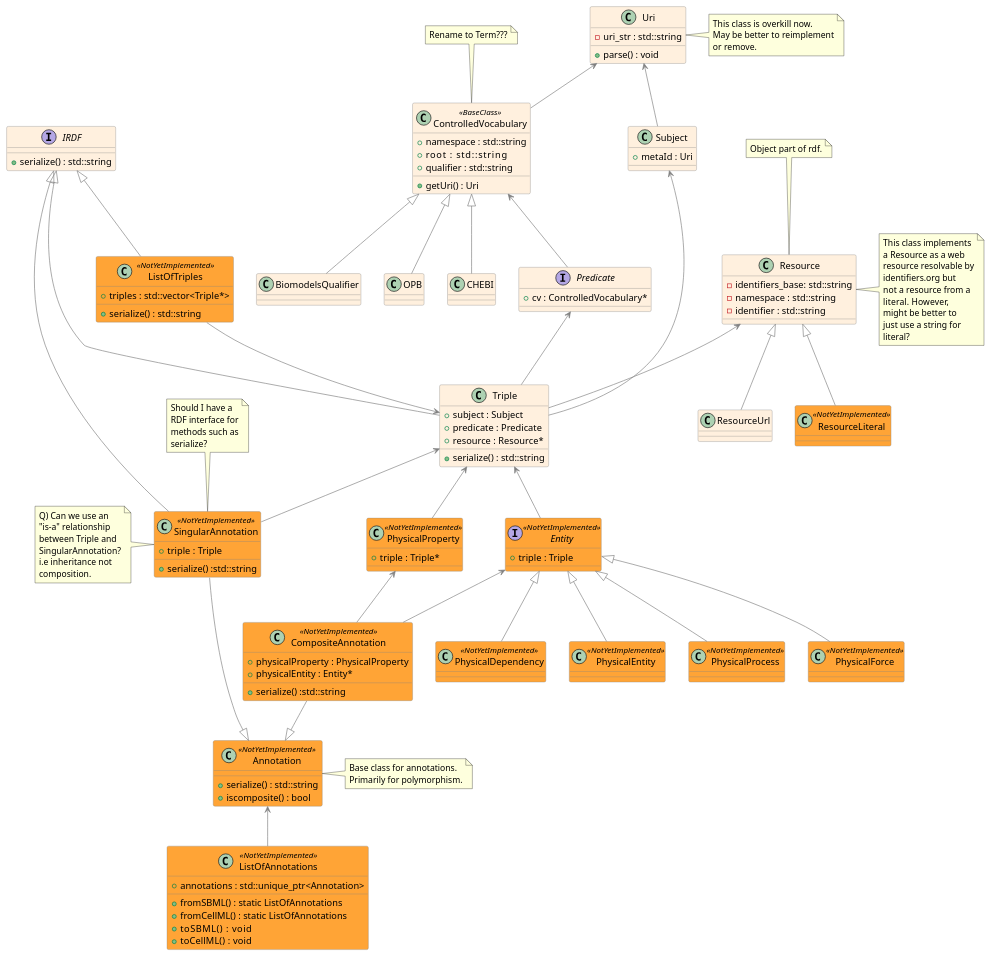
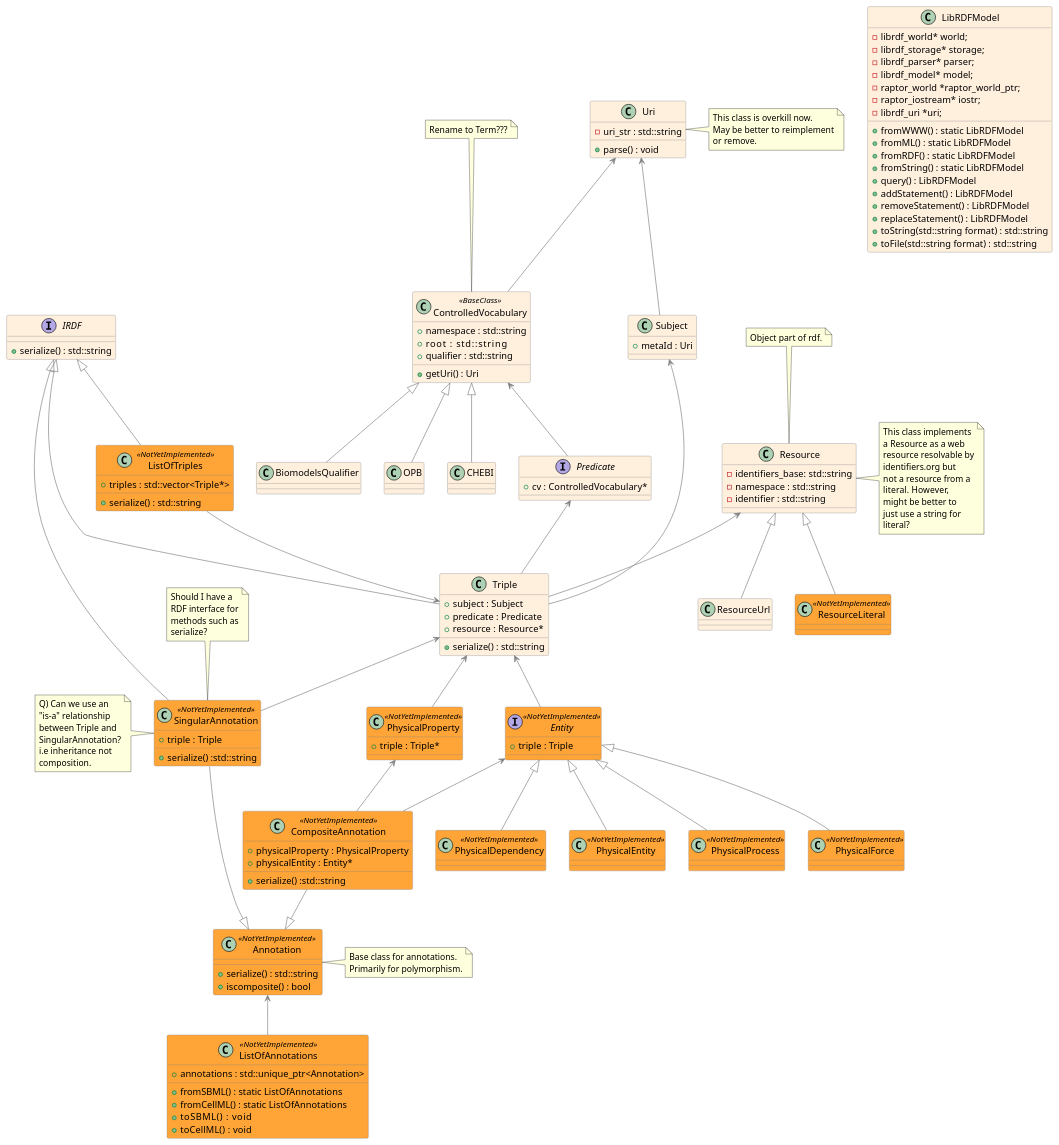
The diagram in Design/CiaransDesign.puml (sys-bio/libOmexMeta), drawn with PlantUML before and after one commit. The commit also changed 13 other files, not shown here.

Commit message:
made some progress with librdf model class

```diff
--- a/Design/CiaransDesign.puml
+++ b/Design/CiaransDesign.puml
@@ -180,5 +180,28 @@
 Annotation <-- ListOfAnnotations
 
 
+class LibRDFModel {
+    - librdf_world* world;
+    - librdf_storage* storage;
+    - librdf_parser* parser;
+    - librdf_model* model;
+    - raptor_world *raptor_world_ptr;
+    - raptor_iostream* iostr;
+    - librdf_uri *uri;
+    + fromWWW() : static LibRDFModel
+    + fromML() : static LibRDFModel
+    + fromRDF() : static LibRDFModel
+    + fromString() : static LibRDFModel
+    + query() : LibRDFModel
+    + addStatement() : LibRDFModel
+    + removeStatement() : LibRDFModel
+    + replaceStatement() : LibRDFModel
+    + toString(std::string format) : std::string
+    + toFile(std::string format) : std::string
+
+}
+
+
+
 
 @enduml
```
